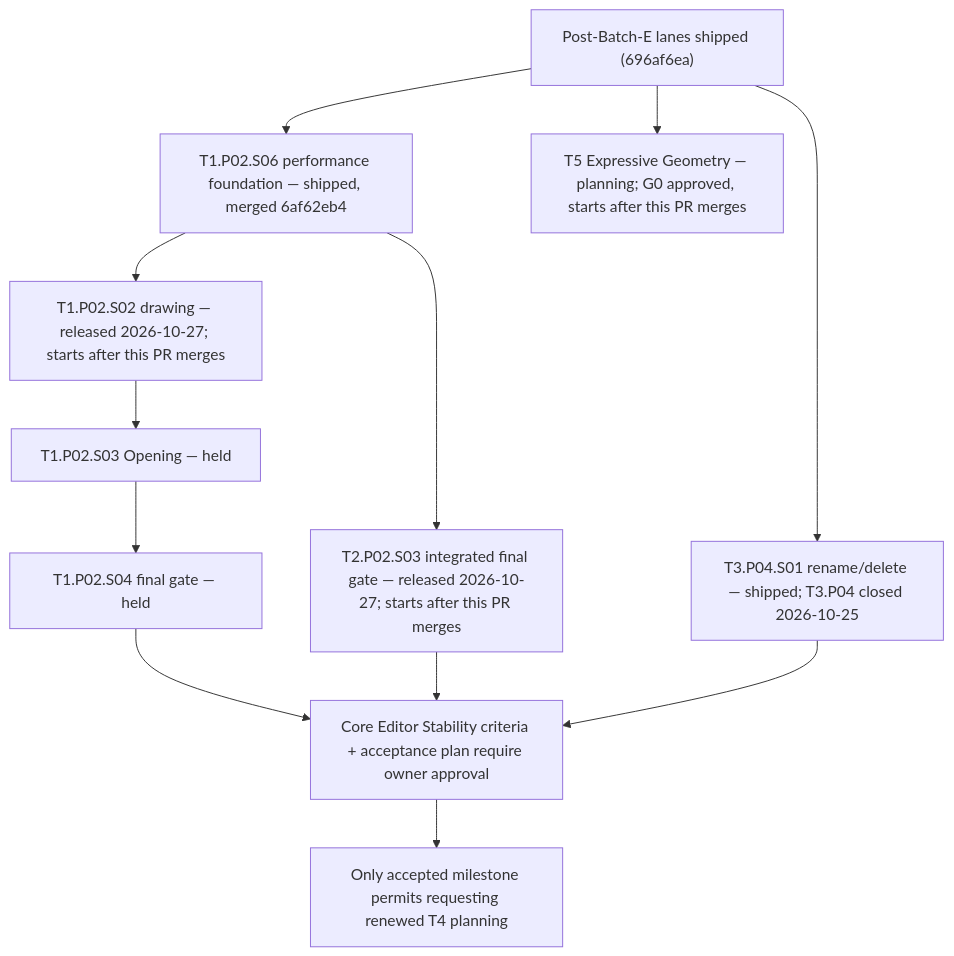
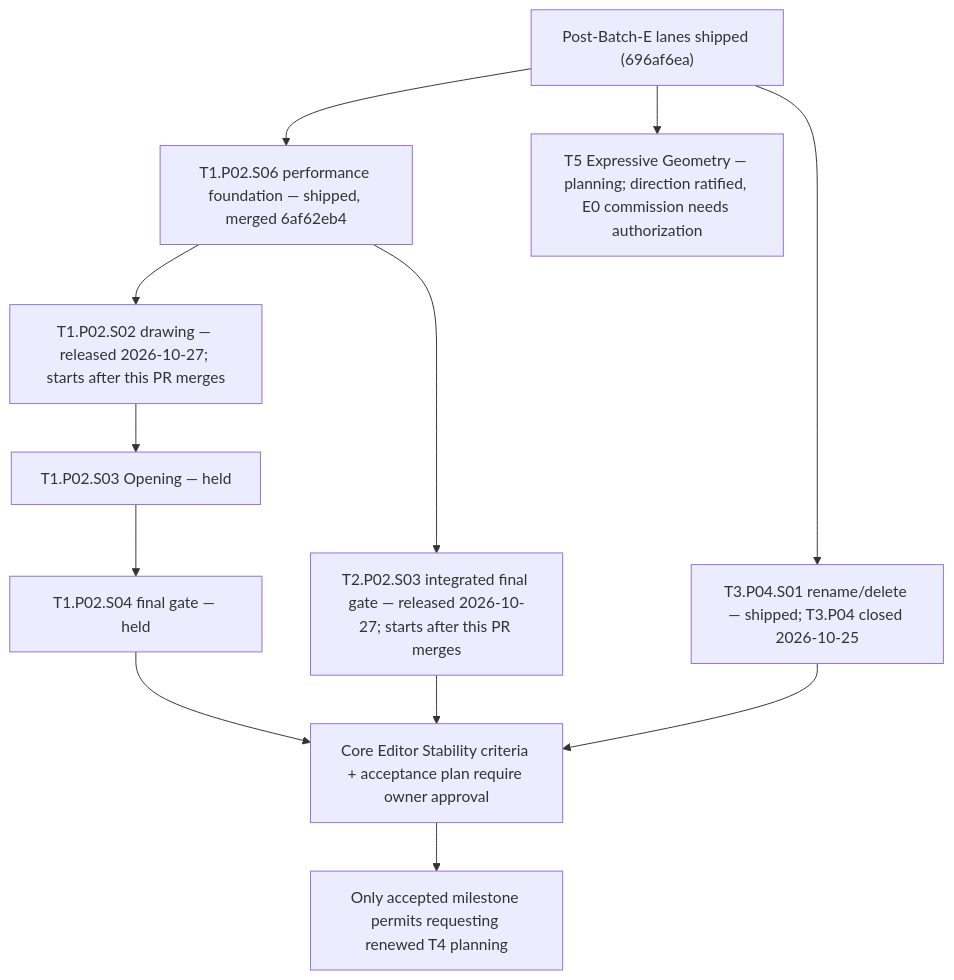
One commit to Biskiq/spatial-sketch-editor changed the diagram in docs/roadmap/cross-track-execution.md. Above: the diagram before and after it, drawn with Mermaid. The commit also changed other lines of this file and 15 other files, not shown here.

````diff
--- a/docs/roadmap/cross-track-execution.md
+++ b/docs/roadmap/cross-track-execution.md
@@ -83,15 +84,15 @@
 ```mermaid
 flowchart TD
   B["Post-Batch-E lanes shipped (696af6ea)"]
   B --> P["T1.P02.S06 performance foundation — shipped, merged 6af62eb4"]
   P -->  D["T1.P02.S02 drawing — released 2026-10-27; starts after this PR merges"]
   D --> O["T1.P02.S03 Opening — held"]
   O --> F["T1.P02.S04 final gate — held"]
   P -->  IF["T2.P02.S03 integrated final gate — released 2026-10-27; starts after this PR merges"]
   B --> C["T3.P04.S01 rename/delete — shipped; T3.P04 closed 2026-10-25"]
-  B --> T5["T5 Expressive Geometry — planning; G0 approved, starts after this PR merges"]
+  B --> T5["T5 Expressive Geometry — planning; direction ratified, E0 commission needs authorization"]
   F --> CES["Core Editor Stability criteria + acceptance plan require owner approval"]
   IF --> CES
   C --> CES
   CES --> T4["Only accepted milestone permits requesting renewed T4 planning"]
 ```
````
